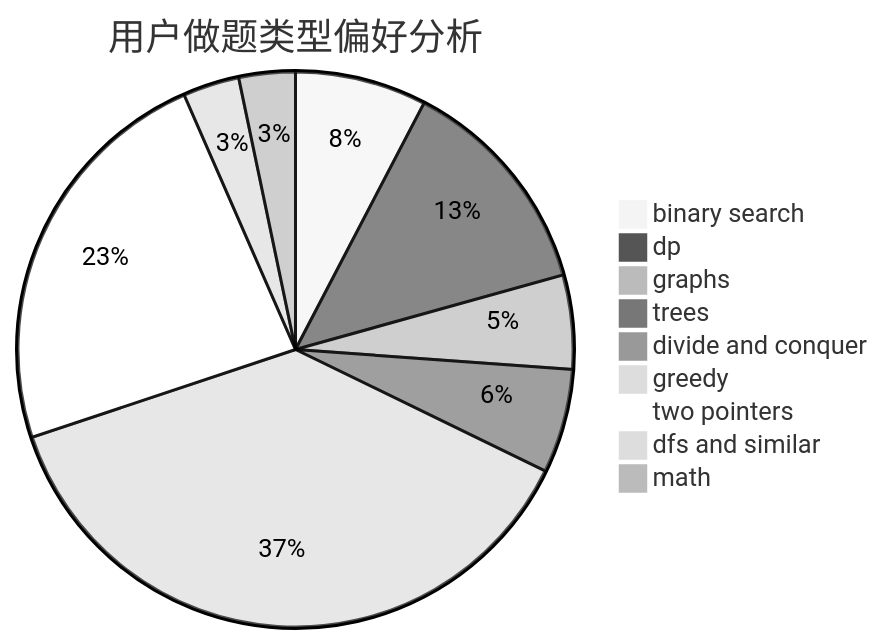
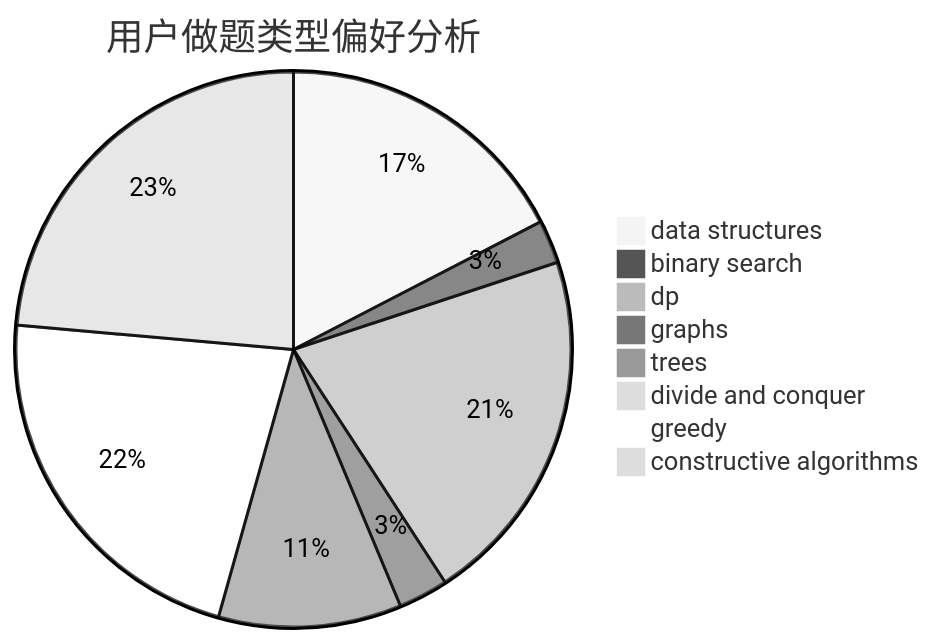
Before and after one commit to sherpahu/cfrs.github.io: the second of 3 diagrams in docs/user/u2489.md, drawn with Mermaid (neutral theme). The commit also changed other lines of this file and 2775 other files, not shown here.

````diff
--- a/docs/user/u2489.md
+++ b/docs/user/u2489.md
@@ -23,12 +23,11 @@
 ```mermaid
 pie title 用户做题类型偏好分析
-    "binary search" :  77
-    "dp" :  131
-    "graphs" :  55
-    "trees" :  61
-    "divide and conquer" :  5
-    "greedy" :  379
-    "two pointers" :  237
-    "dfs and similar" :  33
-    "math" :  33
+    "data structures" :  90
+    "binary search" :  13
+    "dp" :  108
+    "graphs" :  15
+    "trees" :  55
+    "divide and conquer" :  3
+    "greedy" :  114
+    "constructive algorithms" :  122
 ```
````
